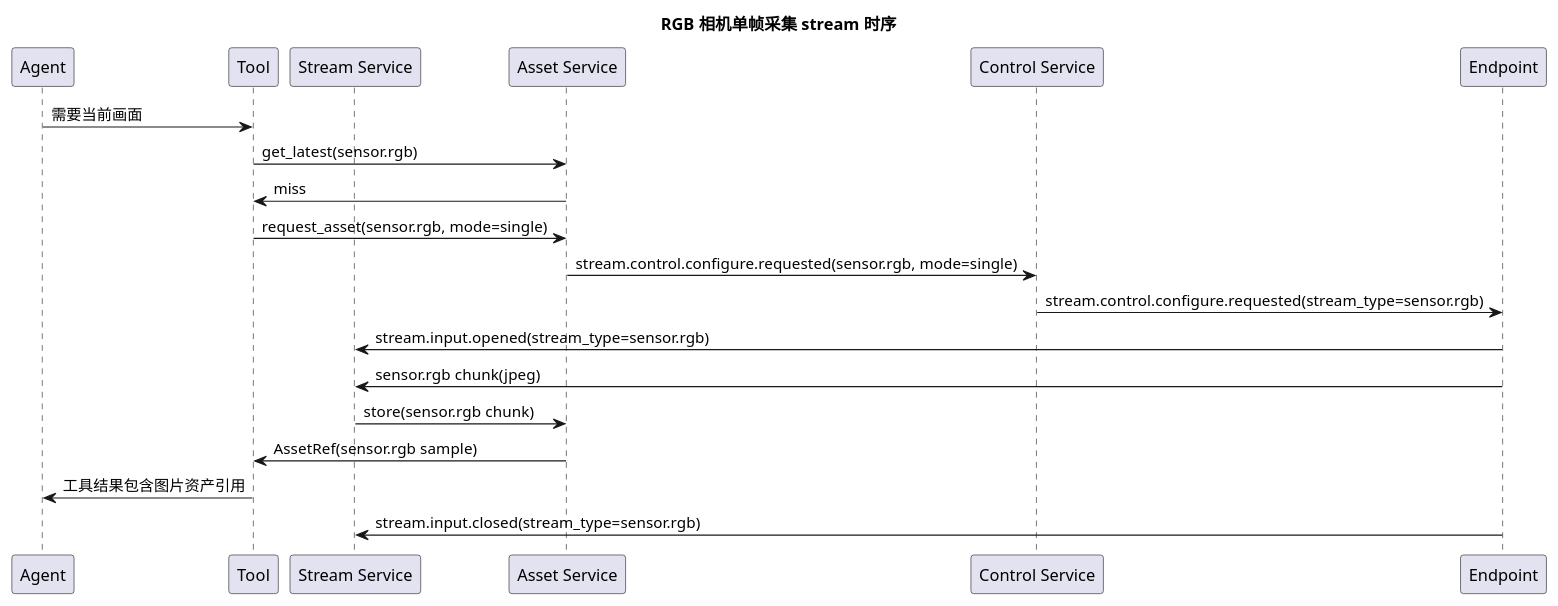
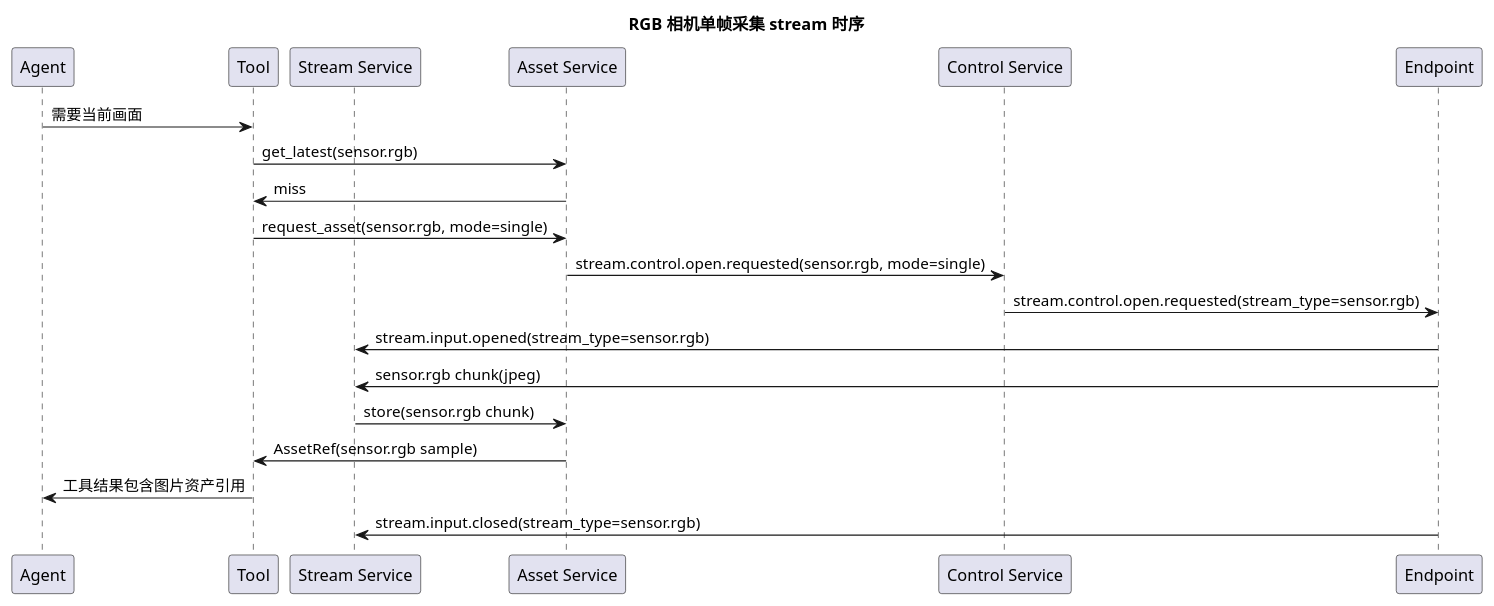
Before and after one commit to HengeLiu/RealtimeAgent: the sixth of 18 diagrams in audio-server/docs/internal/audio-server-architecture-design.md, drawn with PlantUML. The commit also changed other lines of this file and 25 other files, not shown here.

````diff
--- a/audio-server/docs/internal/audio-server-architecture-design.md
+++ b/audio-server/docs/internal/audio-server-architecture-design.md
@@ -1353,25 +1354,25 @@
 ```plantuml
 @startuml
 title RGB 相机单帧采集 stream 时序
 
 participant Agent
 participant Tool
 participant "Stream Service" as Stream
 participant "Asset Service" as Asset
 participant "Control Service" as Control
 participant Endpoint
 
 Agent -> Tool: 需要当前画面
 Tool -> Asset: get_latest(sensor.rgb)
 Asset -> Tool: miss
 Tool -> Asset: request_asset(sensor.rgb, mode=single)
-Asset -> Control: stream.control.configure.requested(sensor.rgb, mode=single)
-Control -> Endpoint: stream.control.configure.requested(stream_type=sensor.rgb)
+Asset -> Control: stream.control.open.requested(sensor.rgb, mode=single)
+Control -> Endpoint: stream.control.open.requested(stream_type=sensor.rgb)
 Endpoint -> Stream: stream.input.opened(stream_type=sensor.rgb)
 Endpoint -> Stream: sensor.rgb chunk(jpeg)
 Stream -> Asset: store(sensor.rgb chunk)
 Asset -> Tool: AssetRef(sensor.rgb sample)
 Tool -> Agent: 工具结果包含图片资产引用
 Endpoint -> Stream: stream.input.closed(stream_type=sensor.rgb)
 @enduml
 ```
````
